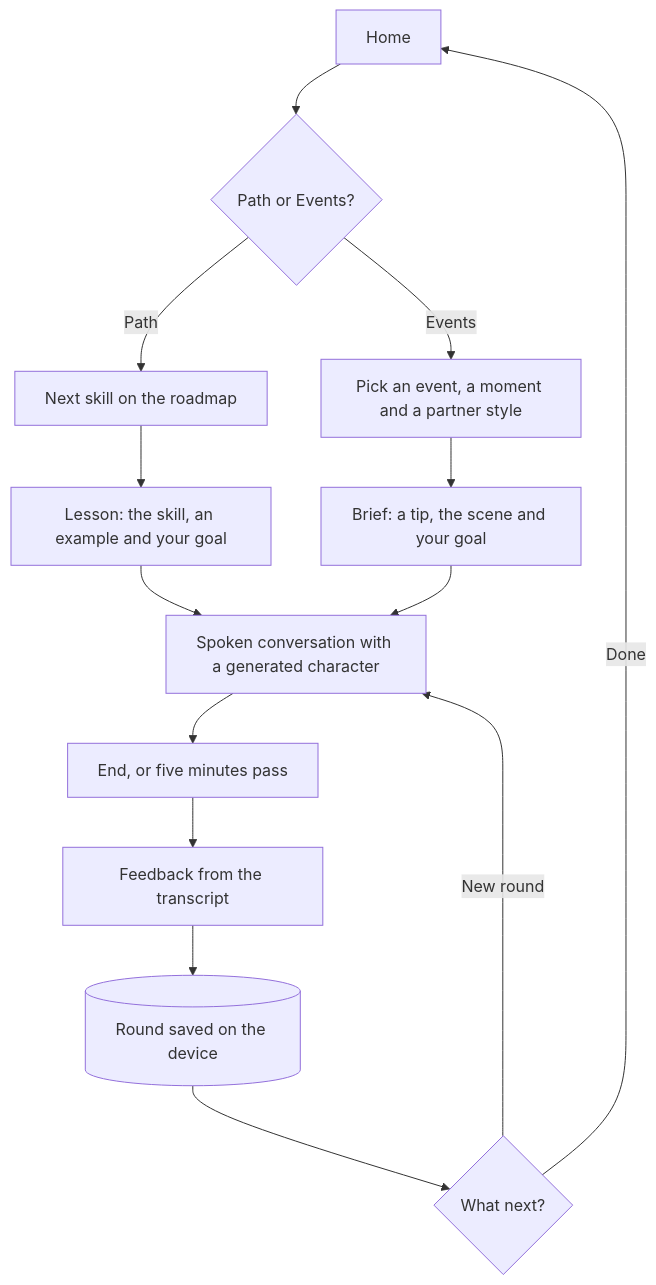
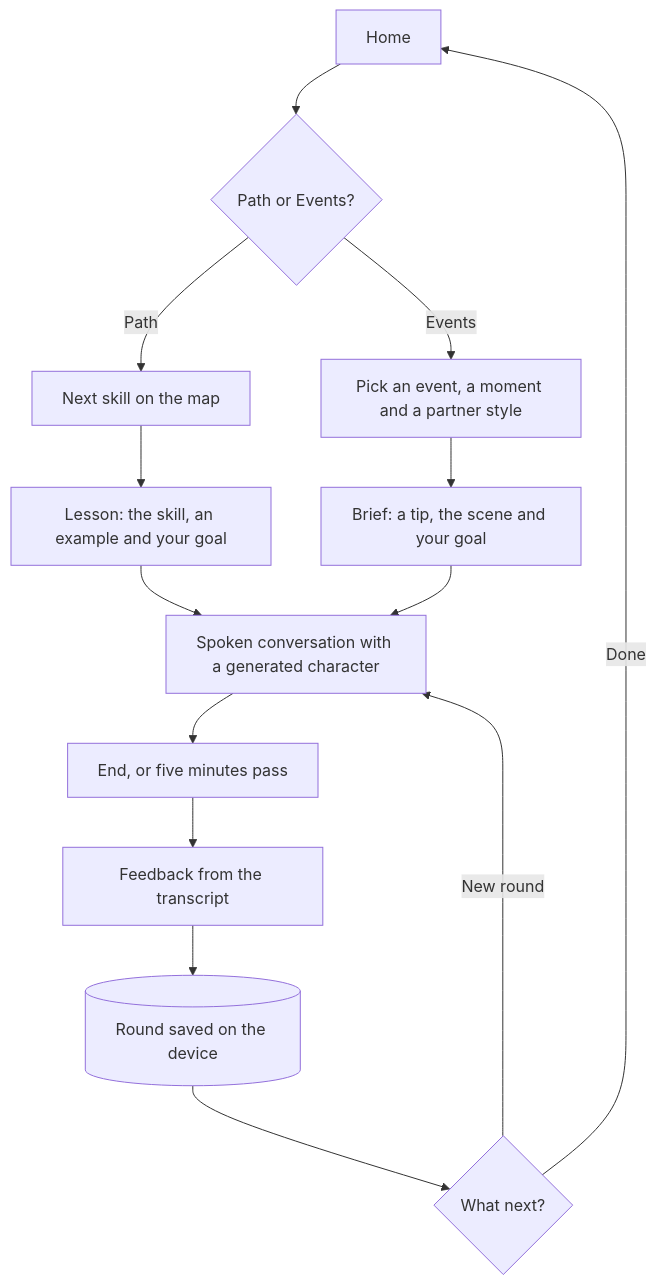
Before and after one commit to Khitab90/conversation-practice-app: the first of 2 diagrams in README.md, drawn with Mermaid. The commit also changed other lines of this file and 4 other files, not shown here.

````diff
--- a/README.md
+++ b/README.md
@@ -46,16 +52,16 @@
 ```mermaid
 flowchart TD
     Home[Home] --> Choice{Path or Events?}
-    Choice -->|Path| Skill[Next skill on the roadmap]
+    Choice -->|Path| Skill[Next skill on the map]
     Choice -->|Events| Moment[Pick an event, a moment and a partner style]
     Skill --> Lesson[Lesson: the skill, an example and your goal]
     Moment --> Brief[Brief: a tip, the scene and your goal]
     Lesson --> Talk
     Brief --> Talk
     Talk[Spoken conversation with a generated character] --> End[End, or five minutes pass]
     End --> Feedback[Feedback from the transcript]
     Feedback --> Save[(Round saved on the device)]
     Save --> Again{What next?}
     Again -->|New round| Talk
     Again -->|Done| Home
 ```
````
